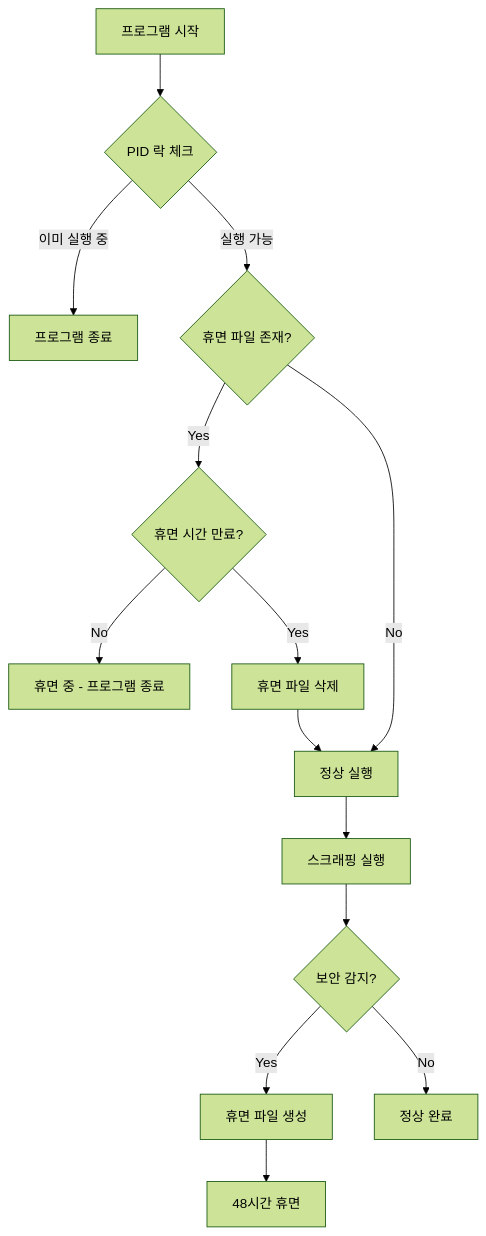
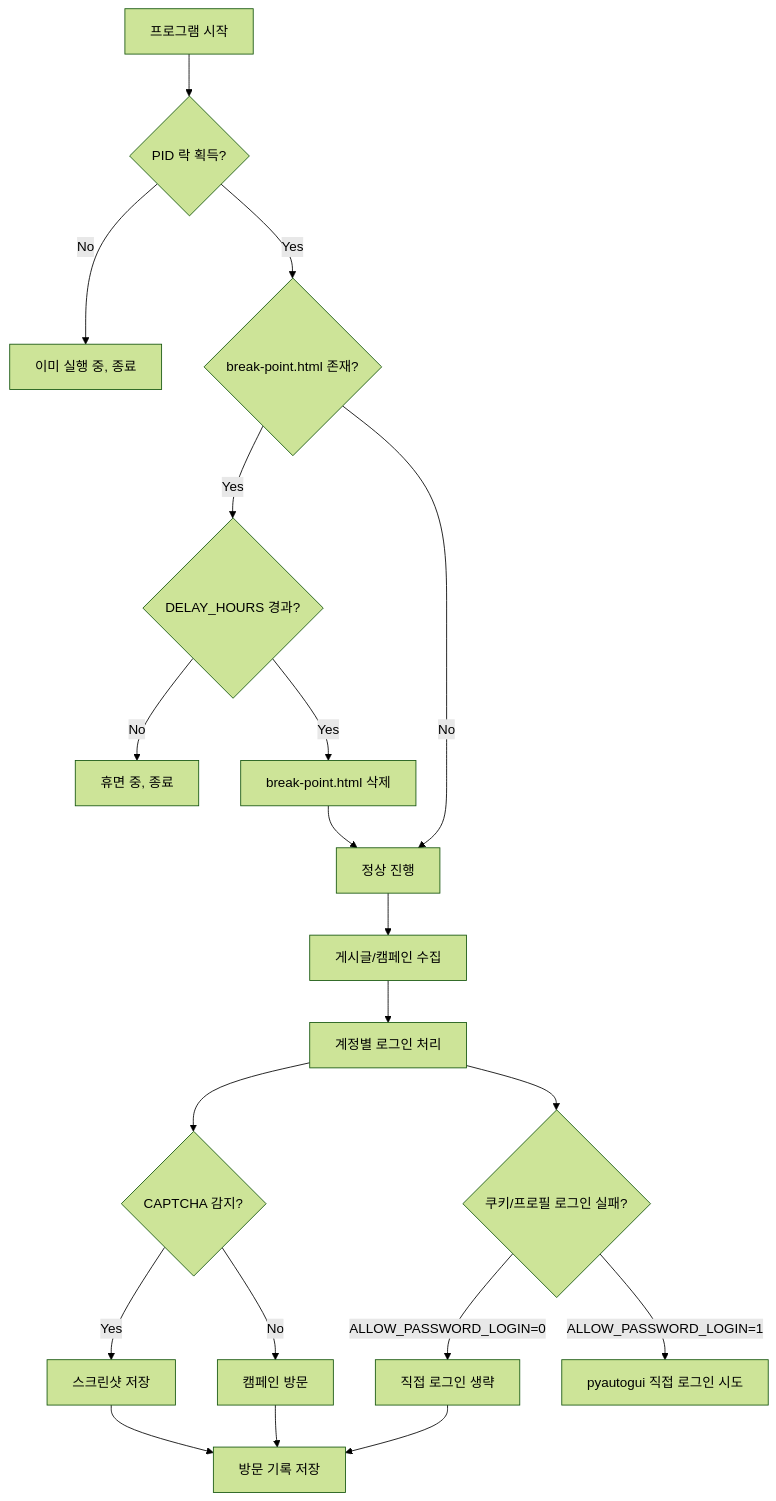
Before and after one commit to CjHayato/ncc: the eighth of 8 diagrams in architecture_diagram.md, drawn with Mermaid (forest theme). The commit also changed other lines of this file, not shown here.

Commit message:
Update architecture documentation for profile sessions

````diff
--- a/architecture_diagram.md
+++ b/architecture_diagram.md
@@ -156,20 +249,26 @@
 ```mermaid
 graph TD
-    A[프로그램 시작] --> B{PID 락 체크}
-    B -->|이미 실행 중| C[프로그램 종료]
-    B -->|실행 가능| D{휴면 파일 존재?}
-    
-    D -->|Yes| E{휴면 시간 만료?}
-    D -->|No| F[정상 실행]
-    
-    E -->|No| G[휴면 중 - 프로그램 종료]
-    E -->|Yes| H[휴면 파일 삭제]
-    H --> F
-    
-    F --> I[스크래핑 실행]
-    I --> J{보안 감지?}
-    J -->|Yes| K[휴면 파일 생성]
-    J -->|No| L[정상 완료]
-    
-    K --> M[48시간 휴면]
+    A[프로그램 시작] --> B{PID 락 획득?}
+    B -->|No| C[이미 실행 중, 종료]
+    B -->|Yes| D{break-point.html 존재?}
+
+    D -->|Yes| E{DELAY_HOURS 경과?}
+    E -->|No| F[휴면 중, 종료]
+    E -->|Yes| G[break-point.html 삭제]
+    D -->|No| H[정상 진행]
+    G --> H
+
+    H --> I[게시글/캠페인 수집]
+    I --> J[계정별 로그인 처리]
+    J --> K{CAPTCHA 감지?}
+    K -->|Yes| L[스크린샷 저장]
+    K -->|No| M[캠페인 방문]
+
+    J --> N{쿠키/프로필 로그인 실패?}
+    N -->|ALLOW_PASSWORD_LOGIN=0| O[직접 로그인 생략]
+    N -->|ALLOW_PASSWORD_LOGIN=1| P[pyautogui 직접 로그인 시도]
+
+    M --> Q[방문 기록 저장]
+    O --> Q
+    L --> Q
 ```
````
